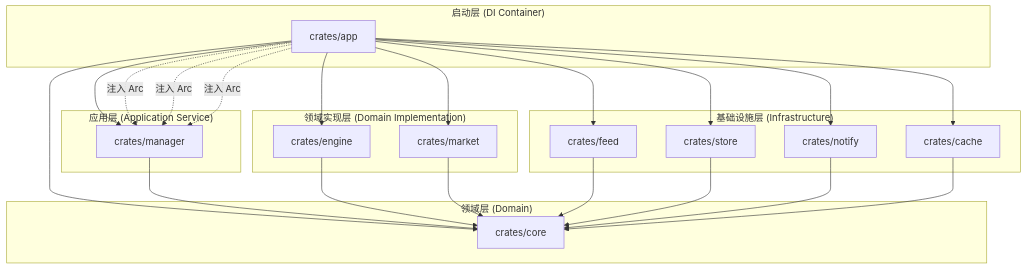
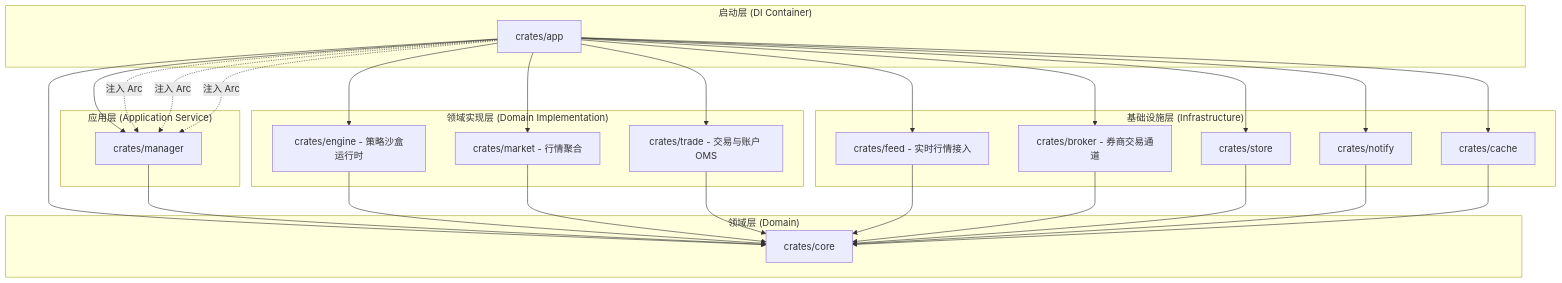
One commit to moexco/okane changed the diagram in docs/architecture.md. Above: the diagram before and after it, drawn with Mermaid. The commit also changed other lines of this file and 13 other files, not shown here.

````diff
--- a/docs/architecture.md
+++ b/docs/architecture.md
@@ -5,53 +5,59 @@
 ```mermaid
 graph TB
     subgraph "启动层 (DI Container)"
         App[crates/app]
     end
 
     subgraph "应用层 (Application Service)"
         Manager[crates/manager]
     end
 
     subgraph "领域实现层 (Domain Implementation)"
-        MarketImpl[crates/market]
-        Engine[crates/engine]
+        MarketImpl[crates/market - 行情聚合]
+        TradeImpl[crates/trade - 交易与账户 OMS]
+        Engine[crates/engine - 策略沙盒运行时]
     end
 
     subgraph "领域层 (Domain)"
         Core[crates/core]
     end
 
     subgraph "基础设施层 (Infrastructure)"
-        Feed[crates/feed]
+        Feed[crates/feed - 实时行情接入]
+        Broker[crates/broker - 券商交易通道]
         Store[crates/store]
         Notify[crates/notify]
         Cache[crates/cache]
     end
 
     %% 编译期依赖关系
     %% App 是唯一知道所有具体实现的组装点
     App --> Manager
     App --> Engine
     App --> Feed
+    App --> Broker
     App --> Store
     App --> Notify
     App --> MarketImpl
+    App --> TradeImpl
     App --> Cache
     App --> Core
 
     %% Manager 编译期仅依赖 Core
     Manager --> Core
 
     %% 所有实现层编译期仅依赖 Core
     Engine --> Core
     MarketImpl --> Core
+    TradeImpl --> Core
     Feed --> Core
+    Broker --> Core
     Store --> Core
     Notify --> Core
     Cache --> Core
 
     %% 运行时注入关系 (App 在 main 中通过 Arc<dyn Trait> 注入)
     App -. "注入 Arc<dyn Market>" .-> Manager
     App -. "注入 Arc<dyn StrategyStore>" .-> Manager
     App -. "注入 Arc<dyn EngineBuilder>" .-> Manager
 ```
````
